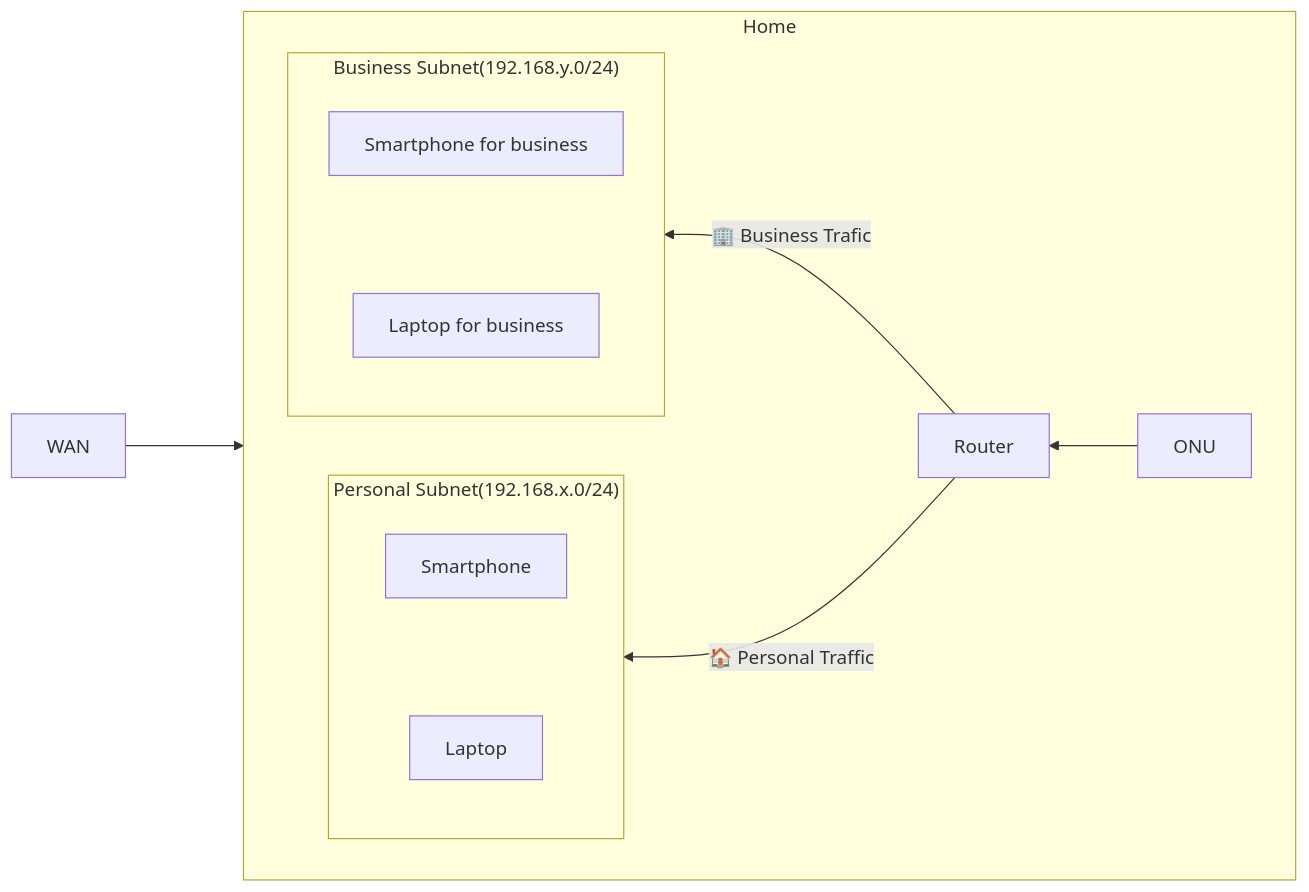
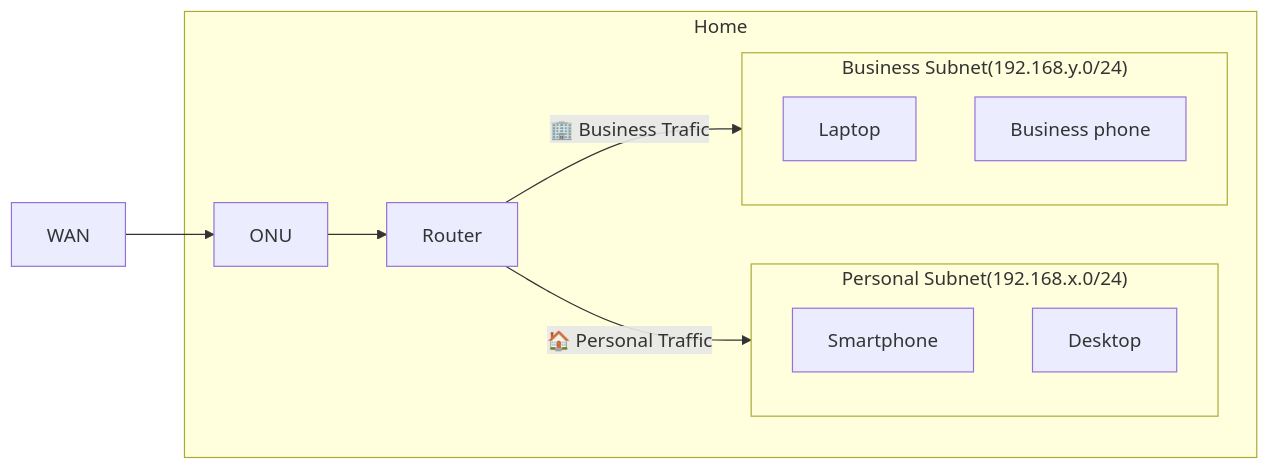
Before and after one commit to corrupt952/home: the first of 3 diagrams in docs/networks/index.md, drawn with Mermaid. The commit also changed other lines of this file, not shown here.

Commit message:
change: update network architecture

````diff
--- a/docs/networks/index.md
+++ b/docs/networks/index.md
@@ -8,33 +7,26 @@
 ```mermaid
 graph LR
 
 %% Definitions
 WAN
 subgraph Home
-    direction RL
-
     ONU
     Router
-
     subgraph Personal["Personal Subnet(192.168.x.0/24)"]
-        direction TB
         Smartphone
-        Laptop
+        Desktop
     end
     subgraph Business["Business Subnet(192.168.y.0/24)"]
-        direction TB
-        BSmartphone[Smartphone for business]
-        BLaptop[Laptop for business]
+        Laptop
+        BSmartphone["Business phone"]
     end
 end
 
 %% Relations
-WAN ---> ONU
+WAN --> ONU
 ONU --> Router
 %% Personal
 Router -->|"🏠 Personal Traffic"| Personal
-Smartphone ~~~ Laptop
 %% Business
 Router -->|"🏢 Business Trafic"| Business
-BSmartphone ~~~ BLaptop
 ```
````
